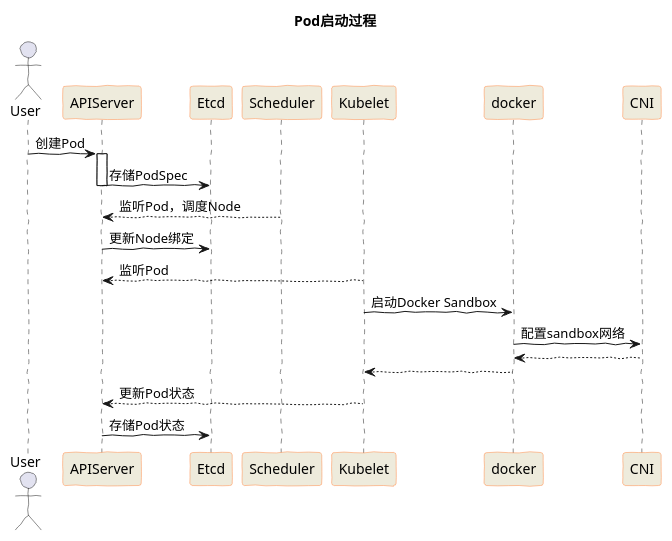
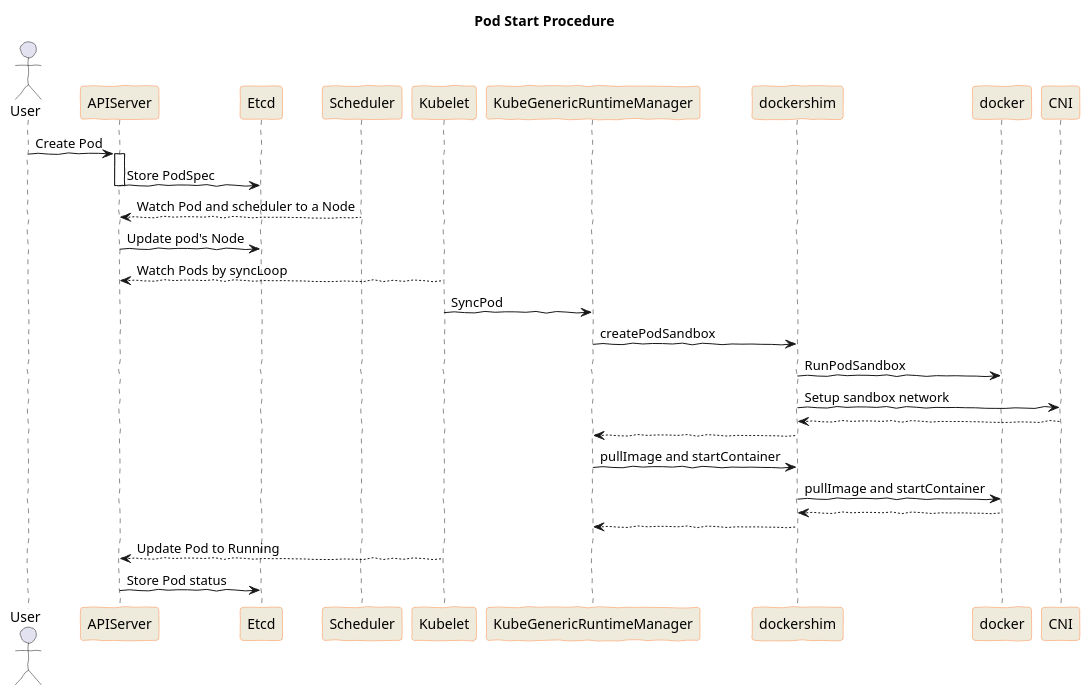
The diagram in zh/examples/PlantUML/pod-start.puml (feiskyer/kubernetes-handbook), drawn with PlantUML before and after one commit. The commit also changed 29 other files, not shown here.

```diff
--- a/zh/examples/PlantUML/pod-start.puml
+++ b/zh/examples/PlantUML/pod-start.puml
@@ -1,27 +1,34 @@
 @startuml
-title Pod启动过程
+title Pod Start Procedure
 
 skinparam handwritten true
 skinparam ParticipantBackgroundColor #EEEBDC
 skinparam ParticipantBorderColor #FF8844
 
 actor User
 
-User -> APIServer : 创建Pod
+User -> APIServer : Create Pod
 activate APIServer
-APIServer -> Etcd : 存储PodSpec
+APIServer -> Etcd : Store PodSpec
 deactivate APIServer
 
-Scheduler --> APIServer : 监听Pod，调度Node
+Scheduler --> APIServer : Watch Pod and scheduler to a Node
+APIServer -> Etcd : Update pod's Node
 
-APIServer -> Etcd : 更新Node绑定
+Kubelet --> APIServer : Watch Pods by syncLoop
+Kubelet -> KubeGenericRuntimeManager : SyncPod
+KubeGenericRuntimeManager -> dockershim : createPodSandbox
+dockershim -> docker: RunPodSandbox
+dockershim -> CNI: Setup sandbox network
+CNI --> dockershim
+dockershim --> KubeGenericRuntimeManager
 
-Kubelet --> APIServer : 监听Pod
-Kubelet -> docker : 启动Docker Sandbox
-docker -> CNI : 配置sandbox网络
-CNI --> docker
-docker --> Kubelet
-Kubelet --> APIServer : 更新Pod状态
-APIServer -> Etcd : 存储Pod状态
+KubeGenericRuntimeManager -> dockershim: pullImage and startContainer
+dockershim -> docker: pullImage and startContainer
+docker --> dockershim
+dockershim --> KubeGenericRuntimeManager
+
+Kubelet --> APIServer : Update Pod to Running
+APIServer -> Etcd : Store Pod status
 
 @enduml
```
